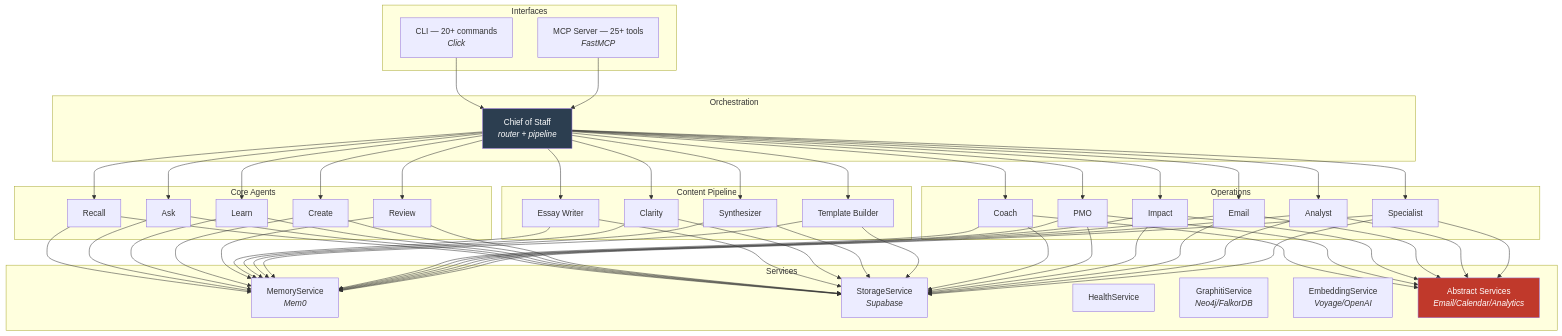
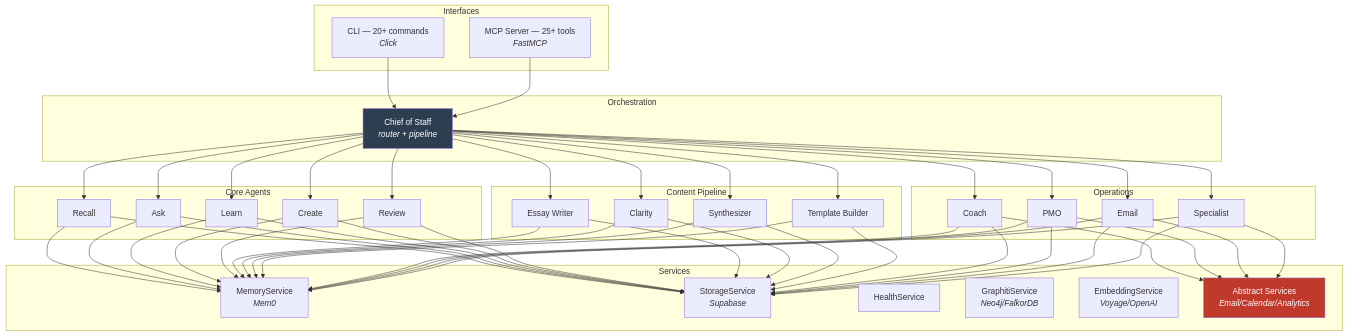
Before and after one commit to ryanjosebrosas/second-brain-ultimatum: the third of 4 diagrams in README.md, drawn with Mermaid. The commit also changed other lines of this file and 10 other files, not shown here.

First line of the commit message:
refactor(agents): remove analyst and impact agents — 14-agent system, 776 tests

````diff
--- a/README.md
+++ b/README.md
@@ -248,56 +227,54 @@
 ```mermaid
 graph TD
     subgraph "Interfaces"
         CLI["CLI — 20+ commands<br/><i>Click</i>"]
         MCP["MCP Server — 25+ tools<br/><i>FastMCP</i>"]
     end
 
     subgraph "Orchestration"
         COS["Chief of Staff<br/><i>router + pipeline</i>"]
     end
 
     subgraph "Core Agents"
         RA["Recall"]
         AA["Ask"]
         LA["Learn"]
         CA["Create"]
         RV["Review"]
     end
 
     subgraph "Content Pipeline"
         EW["Essay Writer"]
         CL["Clarity"]
         SY["Synthesizer"]
         TB["Template Builder"]
     end
 
     subgraph "Operations"
         CO["Coach"]
         PM["PMO"]
-        IM["Impact"]
         EM["Email"]
-        AN["Analyst"]
         SP["Specialist"]
     end
 
     subgraph "Services"
         MS["MemoryService<br/><i>Mem0</i>"]
         SS["StorageService<br/><i>Supabase</i>"]
         HS["HealthService"]
         GS["GraphitiService<br/><i>Neo4j/FalkorDB</i>"]
         ES["EmbeddingService<br/><i>Voyage/OpenAI</i>"]
         AB["Abstract Services<br/><i>Email/Calendar/Analytics</i>"]
     end
 
     CLI & MCP --> COS
     COS --> RA & AA & LA & CA & RV
     COS --> EW & CL & SY & TB
-    COS --> CO & PM & IM & EM & AN & SP
+    COS --> CO & PM & EM & SP
 
     RA & AA & LA & CA & RV --> MS & SS
     EW & CL & SY & TB --> MS & SS
-    CO & PM & IM & EM & AN & SP --> MS & SS & AB
+    CO & PM & EM & SP --> MS & SS & AB
 
     style COS fill:#2c3e50,color:#fff
     style AB fill:#c0392b,color:#fff
 ```
````
